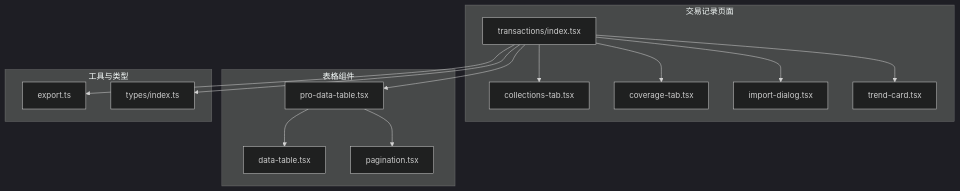
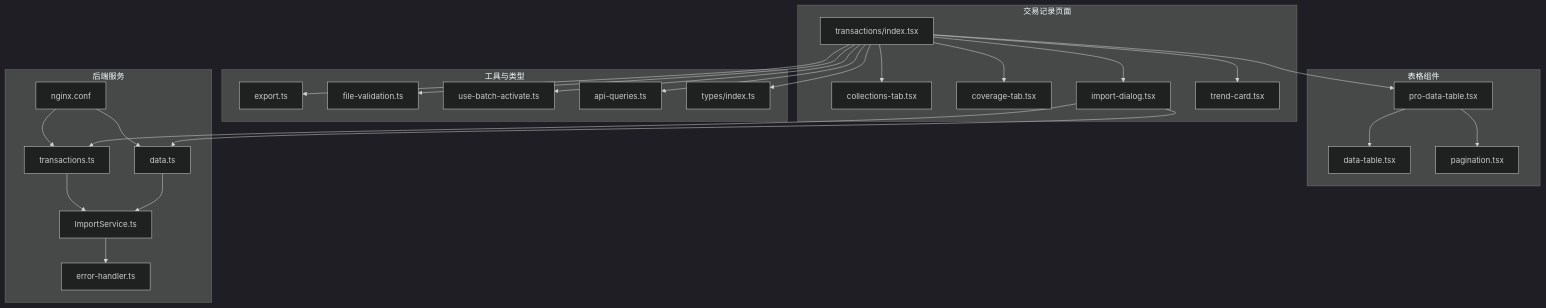
The first of 3 diagrams in .qoder/repowiki/zh/content/页面组件/交易记录页面/交易记录页面.md (Damao997/newproject), drawn with Mermaid (dark theme) before and after one commit. The commit also changed other lines of this file and 24 other files, not shown here.

````diff
--- a/.qoder/repowiki/zh/content/页面组件/交易记录页面/交易记录页面.md
+++ b/.qoder/repowiki/zh/content/页面组件/交易记录页面/交易记录页面.md
@@ -47,28 +57,48 @@
 ```mermaid
 graph TB
 subgraph "交易记录页面"
 T["transactions/index.tsx"]
 CT["collections-tab.tsx"]
 CVT["coverage-tab.tsx"]
 ID["import-dialog.tsx"]
 TC["trend-card.tsx"]
 end
 subgraph "表格组件"
 PDT["pro-data-table.tsx"]
 DT["data-table.tsx"]
 PAG["pagination.tsx"]
 end
 subgraph "工具与类型"
 EXP["export.ts"]
+FV["file-validation.ts"]
+BA["use-batch-activate.ts"]
+AQ["api-queries.ts"]
 TYP["types/index.ts"]
+end
+subgraph "后端服务"
+DR["data.ts"]
+TR["transactions.ts"]
+IS["ImportService.ts"]
+EH["error-handler.ts"]
+NGINX["nginx.conf"]
 end
 T --> CT
 T --> CVT
 T --> ID
 T --> TC
 T --> PDT
 PDT --> DT
 PDT --> PAG
 T --> EXP
+T --> FV
+T --> BA
+T --> AQ
 T --> TYP
+ID --> DR
+ID --> TR
+DR --> IS
+TR --> IS
+IS --> EH
+NGINX --> DR
+NGINX --> TR
 ```
````
